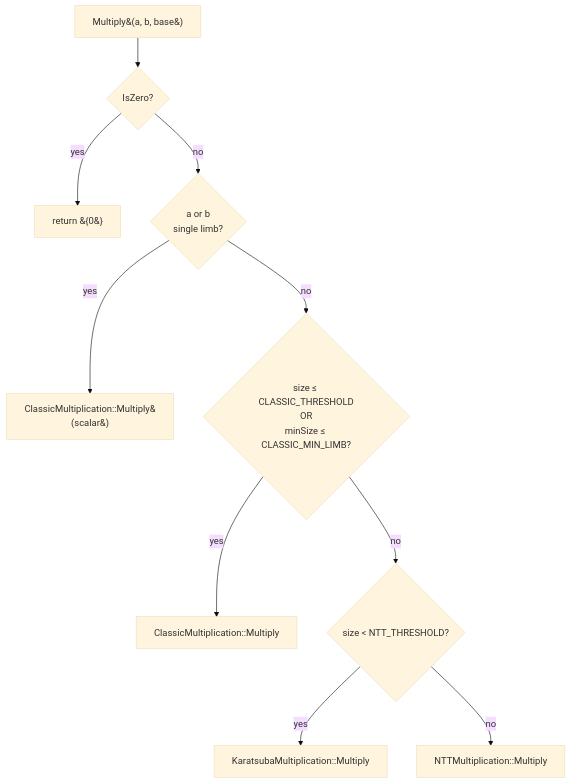
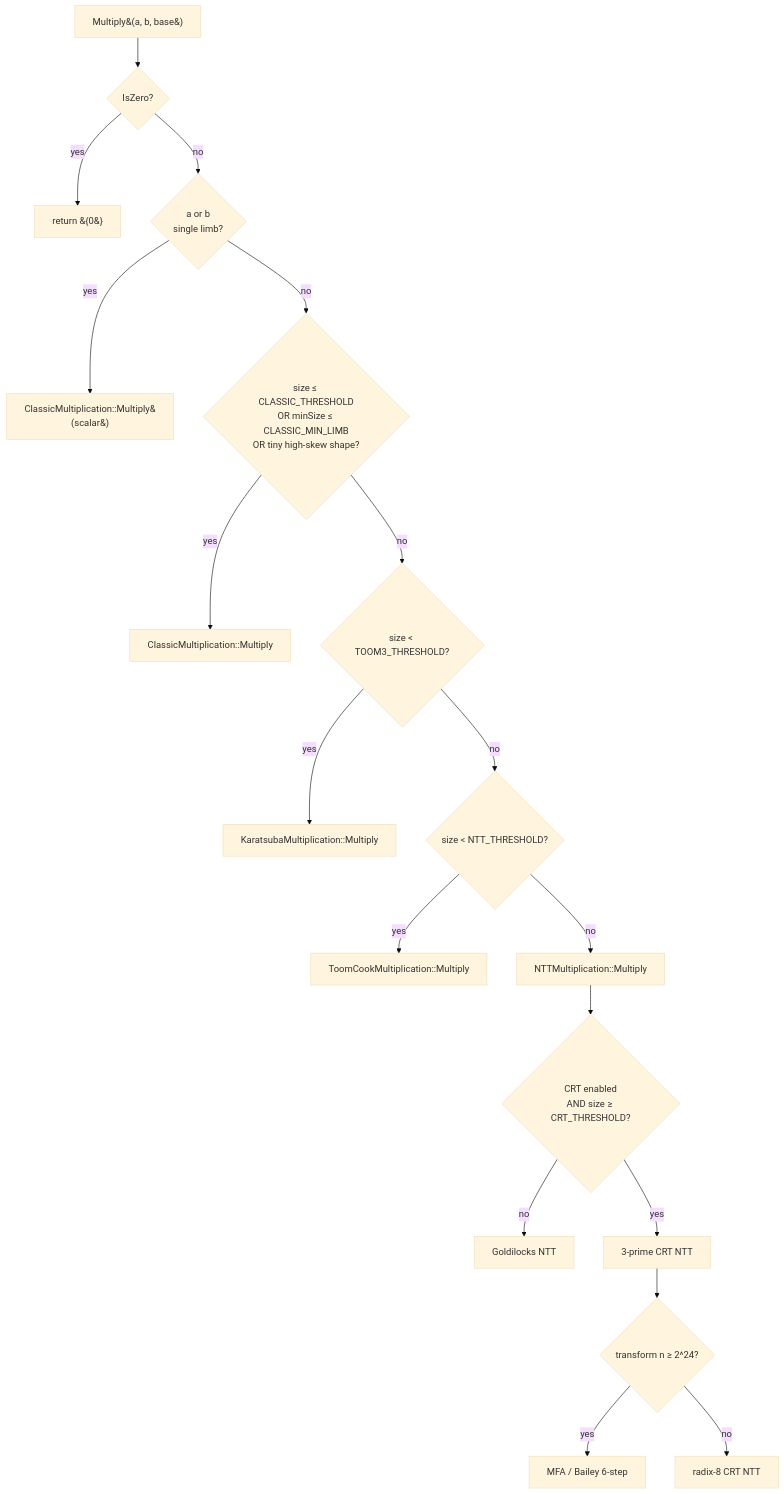
One commit to mmurshed/biginteger changed the first of 2 diagrams in docs/MULTIPLICATION.md. Above: the diagram before and after it, drawn with Mermaid (base theme). The commit also changed other lines of this file and 4 other files, not shown here.

Commit message:
Retune MFA threshold and refresh dispatch docs

````diff
--- a/docs/MULTIPLICATION.md
+++ b/docs/MULTIPLICATION.md
@@ -68,12 +68,21 @@
 ```mermaid
 flowchart TD
     A[Multiply&#40;a, b, base&#41;] --> B{IsZero?}
     B -- yes --> Z[return &#123;0&#125;]
     B -- no --> C{a or b<br/>single limb?}
     C -- yes --> Sc[ClassicMultiplication::Multiply&#40;scalar&#41;]
-    C -- no --> D{size ≤ CLASSIC_THRESHOLD<br/>OR<br/>minSize ≤ CLASSIC_MIN_LIMB?}
+    C -- no --> D{size ≤ CLASSIC_THRESHOLD<br/>OR minSize ≤ CLASSIC_MIN_LIMB<br/>OR tiny high-skew shape?}
     D -- yes --> Cl[ClassicMultiplication::Multiply]
-    D -- no --> E{size &lt; NTT_THRESHOLD?}
+    D -- no --> E{size &lt; TOOM3_THRESHOLD?}
     E -- yes --> K[KaratsubaMultiplication::Multiply]
-    E -- no --> N[NTTMultiplication::Multiply]
+    E -- no --> T{size &lt; NTT_THRESHOLD?}
+    T -- yes --> Toom[ToomCookMultiplication::Multiply]
+    T -- no --> N[NTTMultiplication::Multiply]
+
+    N --> C1{CRT enabled<br/>AND size ≥ CRT_THRESHOLD?}
+    C1 -- no --> G[Goldilocks NTT]
+    C1 -- yes --> C2[3-prime CRT NTT]
+    C2 --> C3{transform n ≥ 2^24?}
+    C3 -- yes --> MFA[MFA / Bailey 6-step]
+    C3 -- no --> R8[radix-8 CRT NTT]
 ```
````
